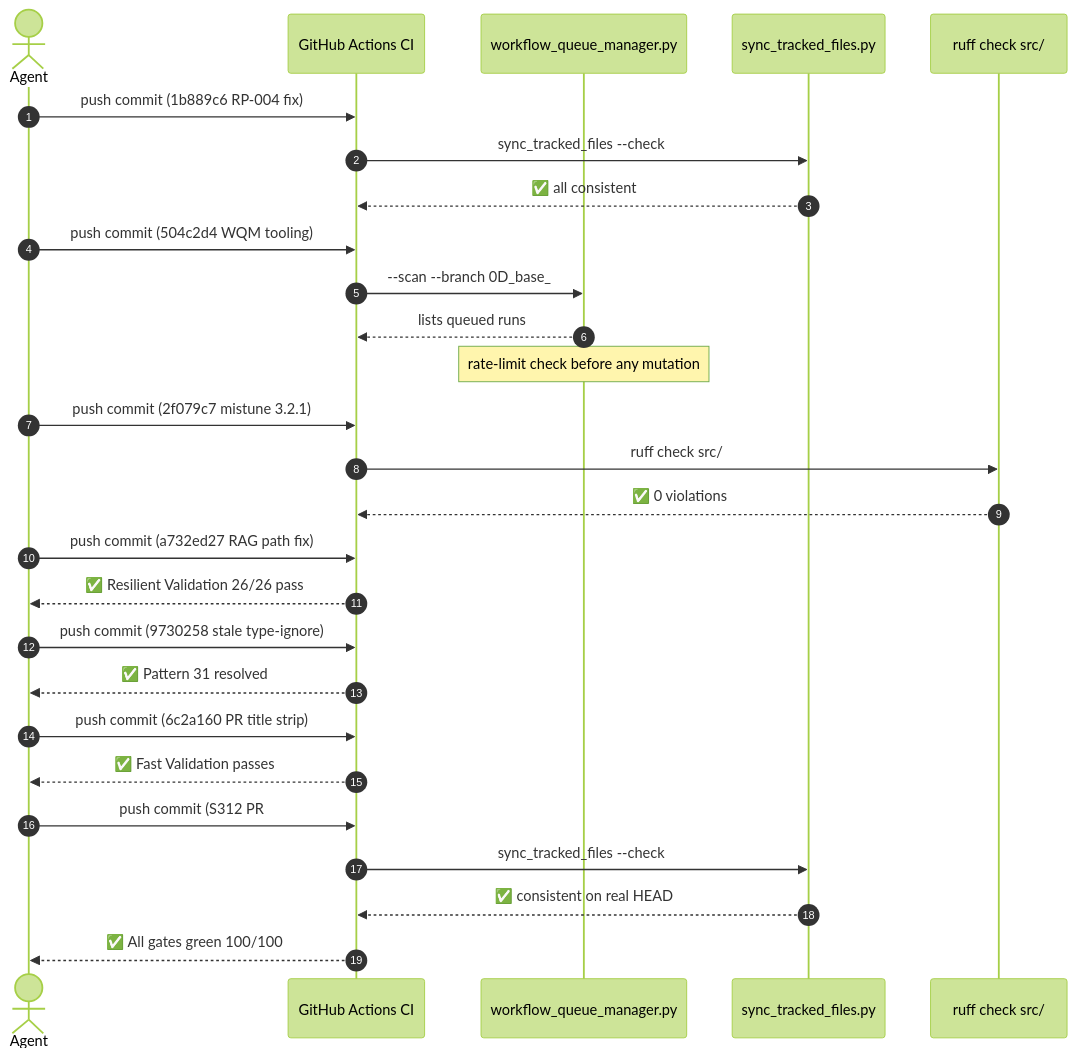
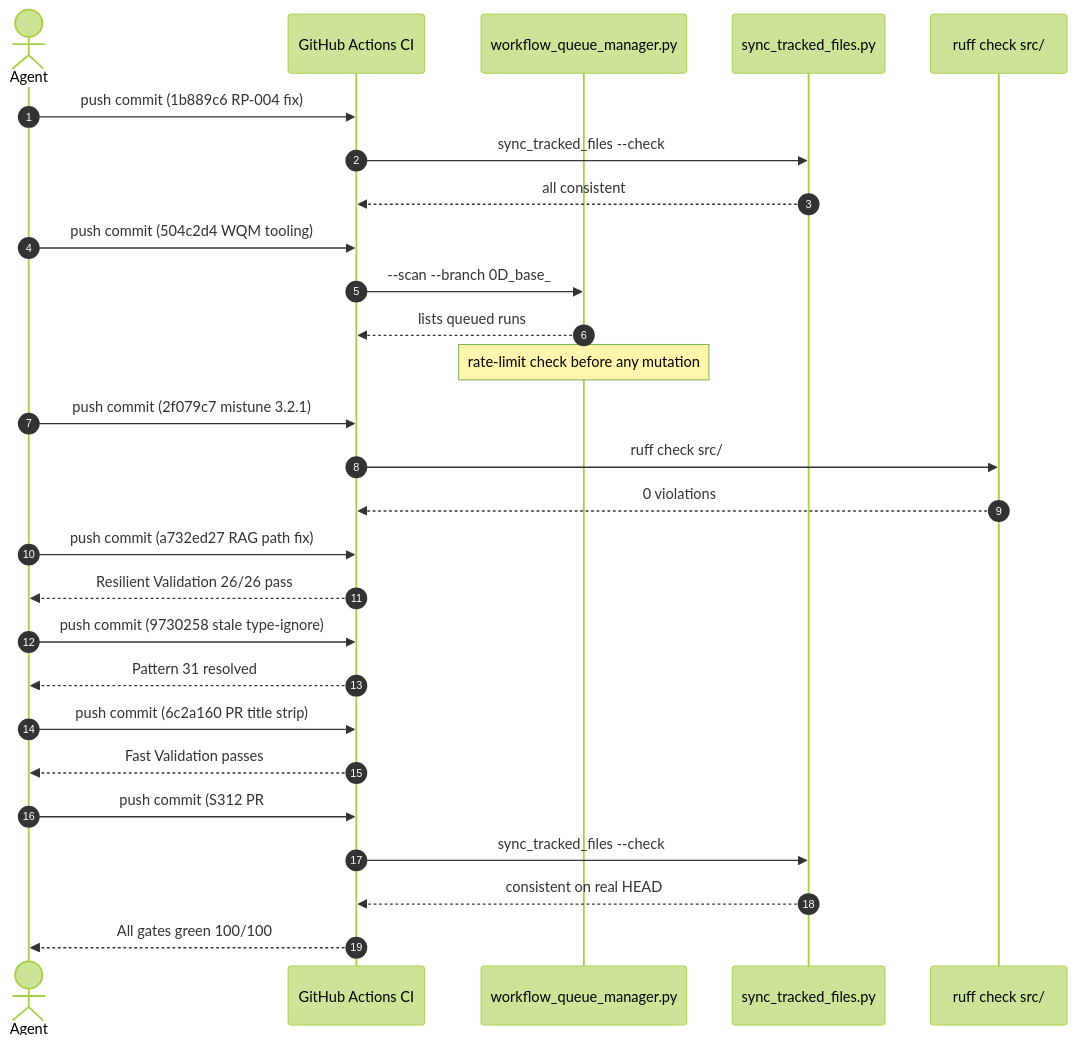
Before and after one commit to Aries-Serpent/_codex_: diagram 13 of 26 in docs/sessions/PR4317_session_diagram.md, drawn with Mermaid (forest theme). The commit also changed other lines of this file and 2029 other files, not shown here.

````diff
--- a/docs/sessions/PR4317_session_diagram.md
+++ b/docs/sessions/PR4317_session_diagram.md
@@ -486,38 +488,38 @@
 ```mermaid
 %%{init: {'accessibility': {'title': 'Sequence Diagram: check
     STF'}}%%
 sequenceDiagram
     autonumber
     actor Agent
     participant CI as GitHub Actions CI
     participant WQM as workflow_queue_manager.py
     participant STF as sync_tracked_files.py
     participant Ruff as ruff check src/
 
     Agent->>CI: push commit (1b889c6 RP-004 fix)
     CI->>STF: sync_tracked_files --check
-    STF-->>CI: ✅ all consistent
+    STF-->>CI:  all consistent
 
     Agent->>CI: push commit (504c2d4 WQM tooling)
     CI->>WQM: --scan --branch 0D_base_
     WQM-->>CI: lists queued runs
     Note over WQM: rate-limit check before any mutation
 
     Agent->>CI: push commit (2f079c7 mistune 3.2.1)
     CI->>Ruff: ruff check src/
-    Ruff-->>CI: ✅ 0 violations
+    Ruff-->>CI:  0 violations
 
     Agent->>CI: push commit (a732ed27 RAG path fix)
-    CI-->>Agent: ✅ Resilient Validation 26/26 pass
+    CI-->>Agent:  Resilient Validation 26/26 pass
 
     Agent->>CI: push commit (9730258 stale type-ignore)
-    CI-->>Agent: ✅ Pattern 31 resolved
+    CI-->>Agent:  Pattern 31 resolved
 
     Agent->>CI: push commit (6c2a160 PR title strip)
-    CI-->>Agent: ✅ Fast Validation passes
+    CI-->>Agent:  Fast Validation passes
 
     Agent->>CI: push commit (S312 PR #4322 + docs)
     CI->>STF: sync_tracked_files --check
-    STF-->>CI: ✅ consistent on real HEAD
-    CI-->>Agent: ✅ All gates green 100/100
+    STF-->>CI:  consistent on real HEAD
+    CI-->>Agent:  All gates green 100/100
 ```
````
